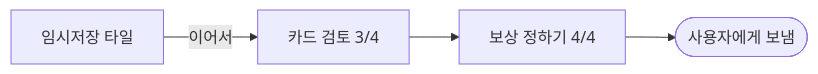
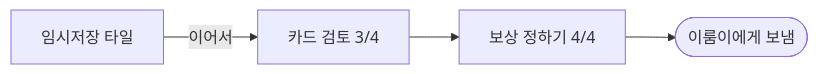
One commit to Twin-Fang/elum changed the fourth of 4 diagrams in docs/superpowers/specs/2026-09-18-화면-전체명세.md. Above: the diagram before and after it, drawn with Mermaid. The commit also changed other lines of this file and 3 other files, not shown here.

````diff
--- a/docs/superpowers/specs/2026-09-18-화면-전체명세.md
+++ b/docs/superpowers/specs/2026-09-18-화면-전체명세.md
@@ -733,6 +888,6 @@
 ```mermaid
 flowchart LR
     A[임시저장 타일] -->|이어서| B[카드 검토 3/4]
     B --> C[보상 정하기 4/4]
-    C --> D([사용자에게 보냄])
+    C --> D([이룸이에게 보냄])
 ```
````
